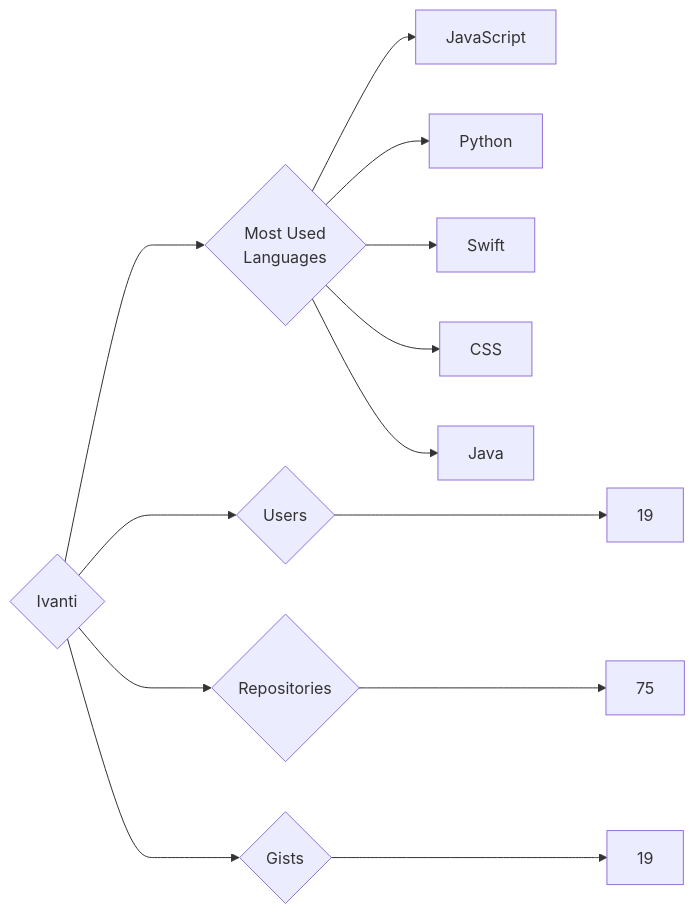
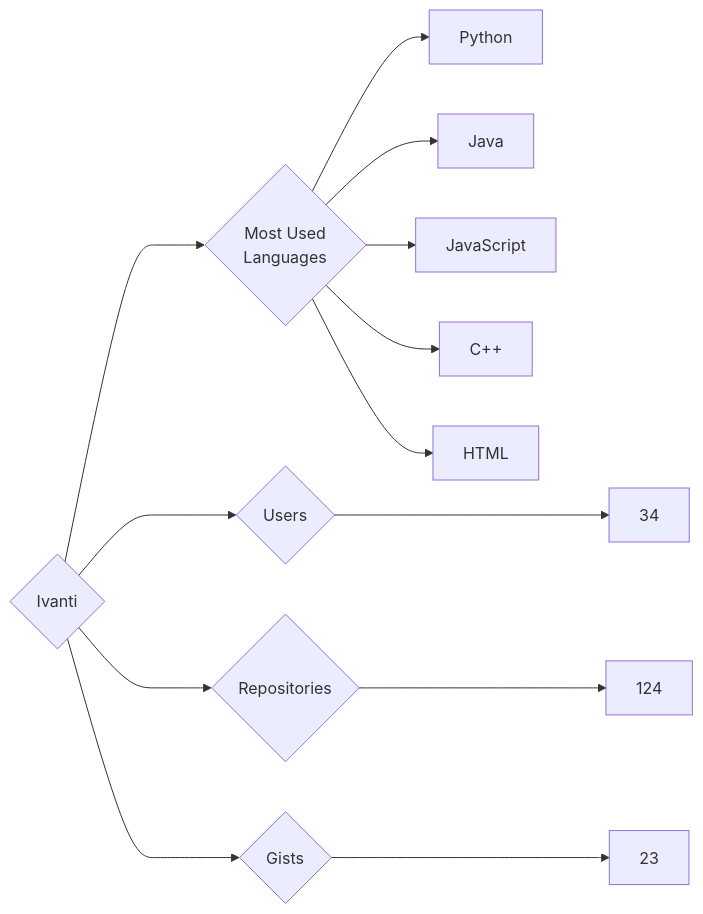
One commit to trickest/insiders changed the diagram in targets/Ivanti/README.md. Above: the diagram before and after it, drawn with Mermaid. The commit also changed 861 other files, not shown here.

````diff
--- a/targets/Ivanti/README.md
+++ b/targets/Ivanti/README.md
@@ -3,13 +3,13 @@
 ```mermaid
 graph LR
 COMPANY_NAME{Ivanti}
-COMPANY_NAME ---> U{Users} ---> UN[19]
-COMPANY_NAME ---> R{Repositories} ---> RN[75]
-COMPANY_NAME ---> G{Gists} ---> GN[19]
+COMPANY_NAME ---> U{Users} ---> UN[34]
+COMPANY_NAME ---> R{Repositories} ---> RN[124]
+COMPANY_NAME ---> G{Gists} ---> GN[23]
 COMPANY_NAME ---> ML{Most Used<br>Languages}
+ML --> Python[Python]
+ML --> Java[Java]
 ML --> JavaScript[JavaScript]
-ML --> Python[Python]
-ML --> Swift[Swift]
-ML --> CSS[CSS]
-ML --> Java[Java]
+ML --> C++[C++]
+ML --> HTML[HTML]
 ```
````
